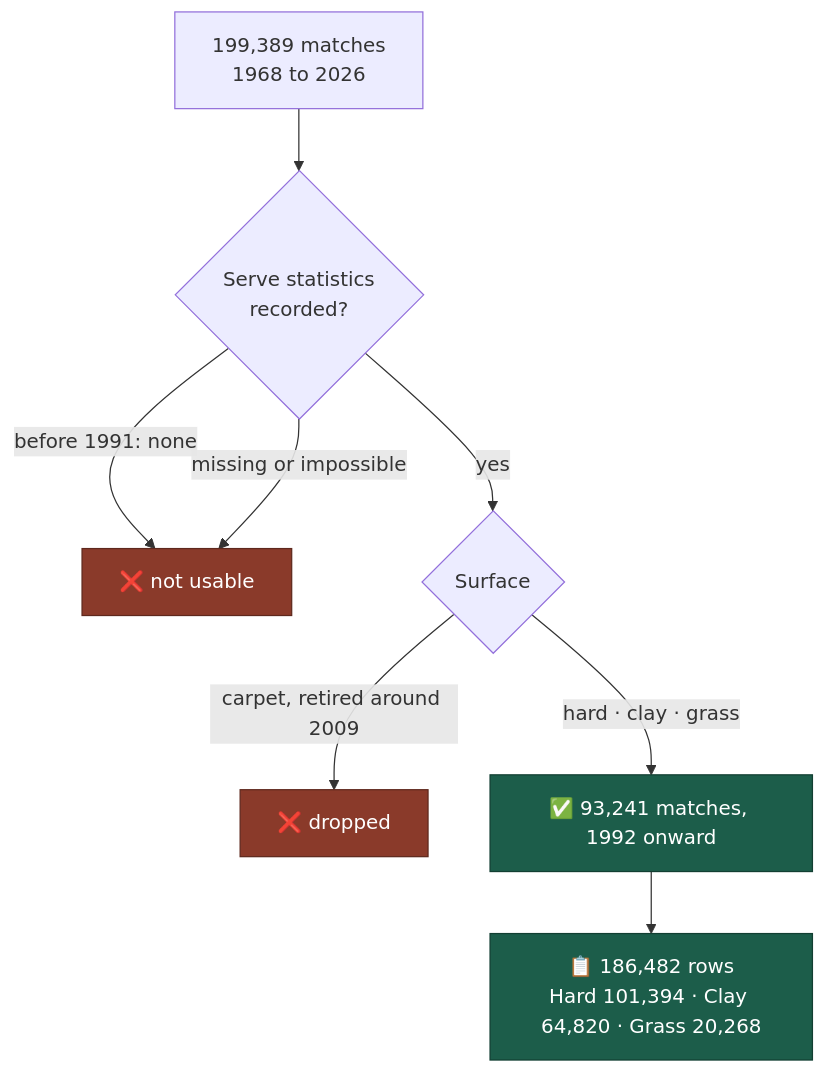
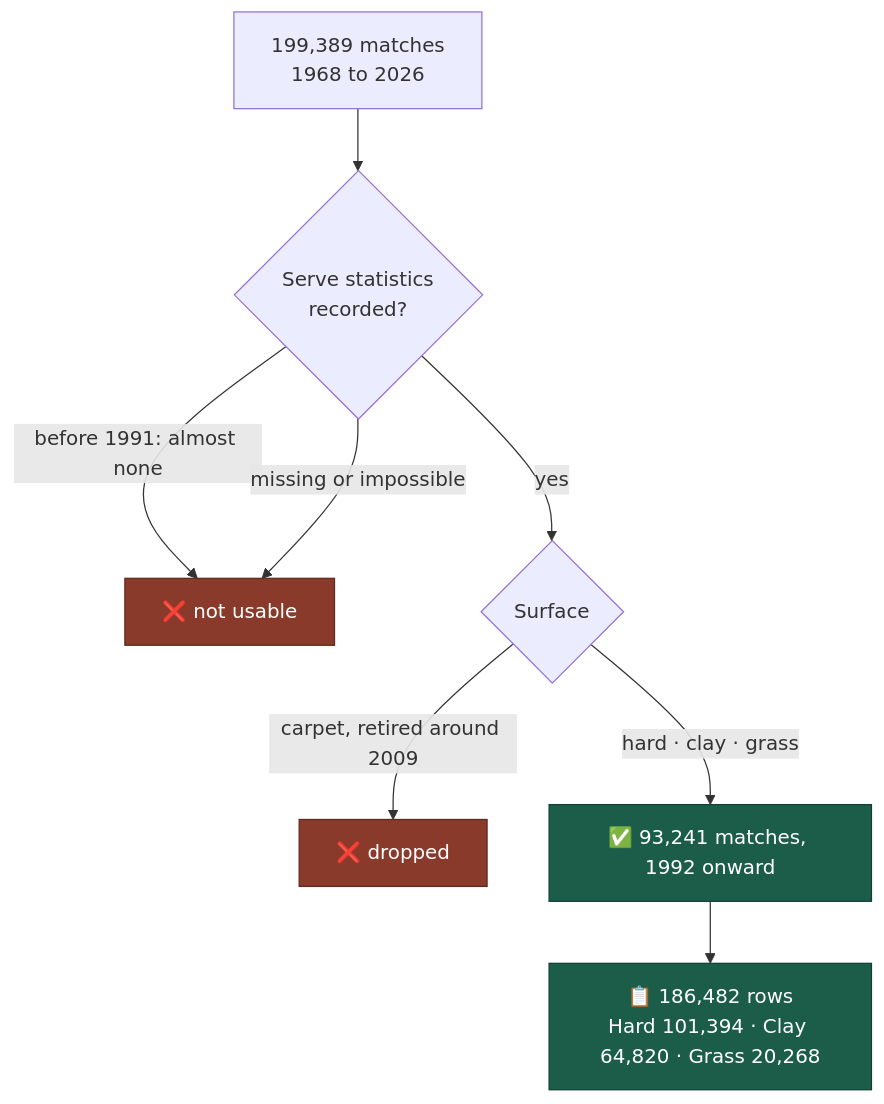
One commit to MacMac2070/atp-tennis-simulator changed the second of 7 diagrams in README.md. Above: the diagram before and after it, drawn with Mermaid. The commit also changed other lines of this file and 44 other files, not shown here.

````diff
--- a/README.md
+++ b/README.md
@@ -69,15 +69,15 @@
 ```mermaid
 flowchart TD
     A["199,389 matches<br/>1968 to 2026"] --> B{"Serve statistics<br/>recorded?"}
-    B -->|"before 1991: none"| X["❌ not usable"]
+    B -->|"before 1991: almost none"| X["❌ not usable"]
     B -->|"missing or impossible"| X
     B -->|"yes"| C{"Surface"}
     C -->|"carpet, retired around 2009"| Y["❌ dropped"]
     C -->|"hard · clay · grass"| D["✅ 93,241 matches, 1992 onward"]
     D --> E["📋 186,482 rows<br/>Hard 101,394 · Clay 64,820 · Grass 20,268"]
 
     classDef bad fill:#8a3a2a,stroke:#5e281d,color:#fff
     classDef good fill:#1c5d4a,stroke:#123f32,color:#fff
     class X,Y bad
     class D,E good
 ```
````
